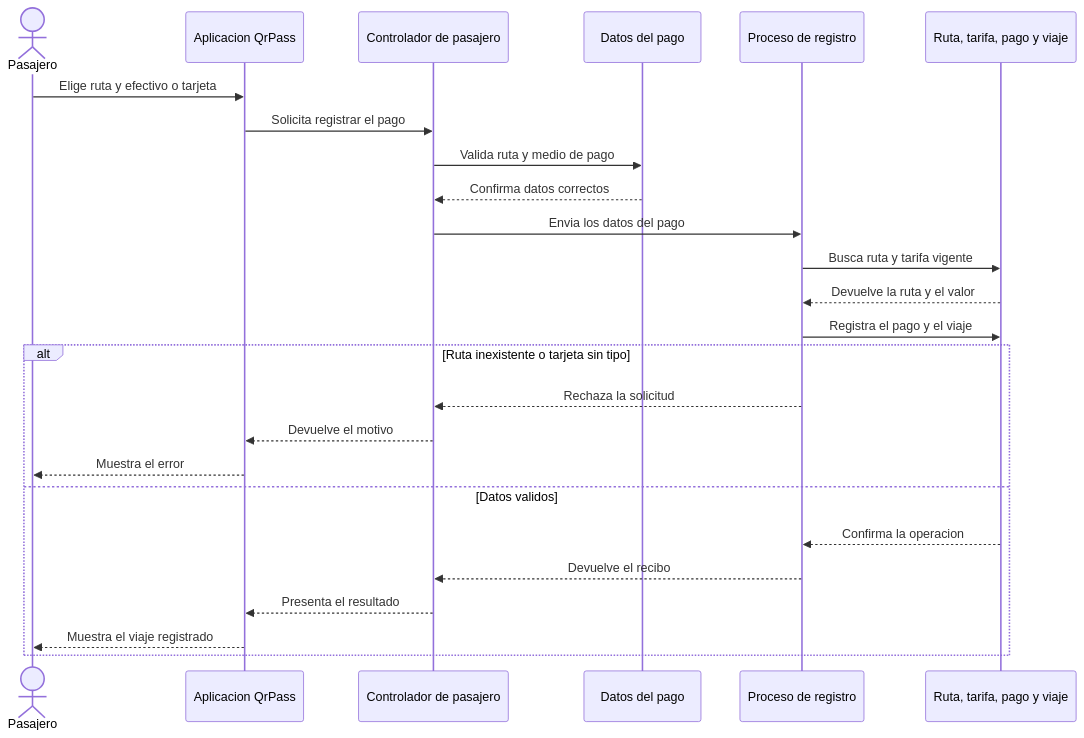
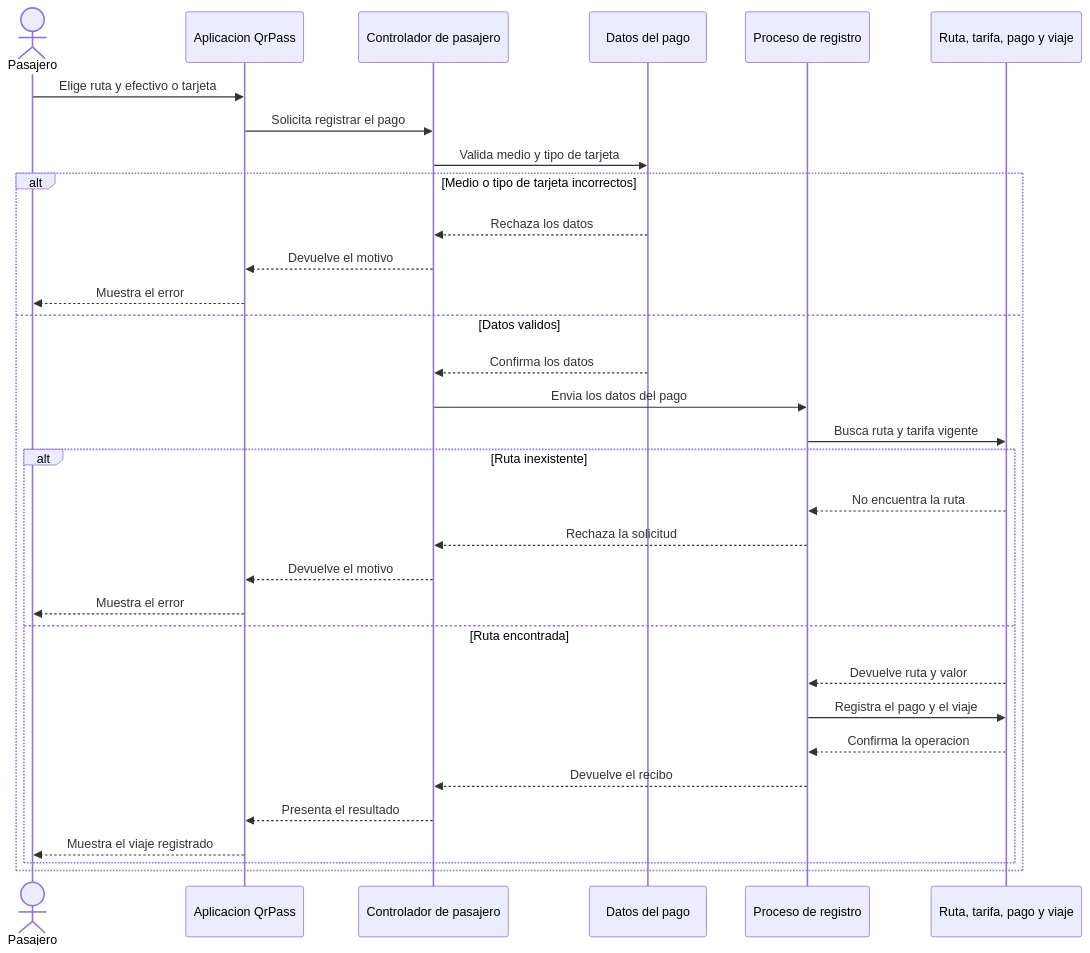
One commit to zNicolasDev/QrPass changed the first of 4 diagrams in backend/docs/uml_mvc_y_entregables.md. Above: the diagram before and after it, drawn with Mermaid. The commit also changed other lines of this file and 4 other files, not shown here.

First line of the commit message:
Agrega implementaciones Python para diagramas UML

````diff
--- a/backend/docs/uml_mvc_y_entregables.md
+++ b/backend/docs/uml_mvc_y_entregables.md
@@ -22,27 +35,34 @@
 ```mermaid
 sequenceDiagram
     actor Pasajero
     participant Aplicacion as Aplicacion QrPass
     participant Controlador as Controlador de pasajero
     participant Solicitud as Datos del pago
     participant Servicio as Proceso de registro
     participant Datos as Ruta, tarifa, pago y viaje
     Pasajero->>Aplicacion: Elige ruta y efectivo o tarjeta
     Aplicacion->>Controlador: Solicita registrar el pago
-    Controlador->>Solicitud: Valida ruta y medio de pago
-    Solicitud-->>Controlador: Confirma datos correctos
-    Controlador->>Servicio: Envia los datos del pago
-    Servicio->>Datos: Busca ruta y tarifa vigente
-    Datos-->>Servicio: Devuelve la ruta y el valor
-    Servicio->>Datos: Registra el pago y el viaje
-    alt Ruta inexistente o tarjeta sin tipo
-        Servicio-->>Controlador: Rechaza la solicitud
+    Controlador->>Solicitud: Valida medio y tipo de tarjeta
+    alt Medio o tipo de tarjeta incorrectos
+        Solicitud-->>Controlador: Rechaza los datos
         Controlador-->>Aplicacion: Devuelve el motivo
         Aplicacion-->>Pasajero: Muestra el error
     else Datos validos
-        Datos-->>Servicio: Confirma la operacion
-        Servicio-->>Controlador: Devuelve el recibo
-        Controlador-->>Aplicacion: Presenta el resultado
-        Aplicacion-->>Pasajero: Muestra el viaje registrado
+        Solicitud-->>Controlador: Confirma los datos
+        Controlador->>Servicio: Envia los datos del pago
+        Servicio->>Datos: Busca ruta y tarifa vigente
+        alt Ruta inexistente
+            Datos-->>Servicio: No encuentra la ruta
+            Servicio-->>Controlador: Rechaza la solicitud
+            Controlador-->>Aplicacion: Devuelve el motivo
+            Aplicacion-->>Pasajero: Muestra el error
+        else Ruta encontrada
+            Datos-->>Servicio: Devuelve ruta y valor
+            Servicio->>Datos: Registra el pago y el viaje
+            Datos-->>Servicio: Confirma la operacion
+            Servicio-->>Controlador: Devuelve el recibo
+            Controlador-->>Aplicacion: Presenta el resultado
+            Aplicacion-->>Pasajero: Muestra el viaje registrado
+        end
     end
 ```
````
